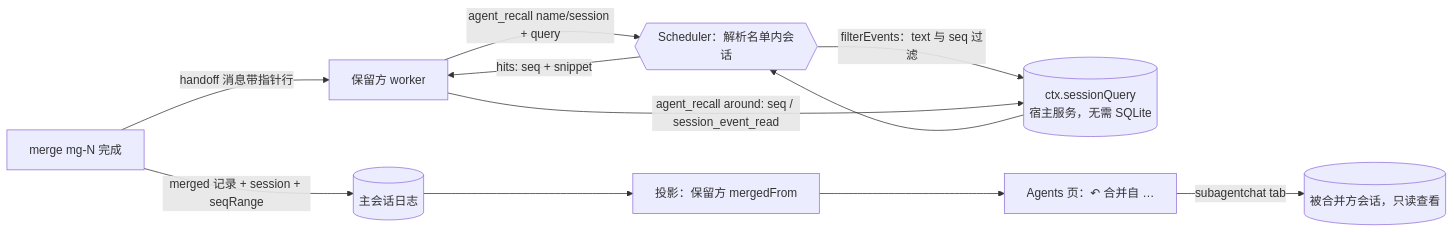
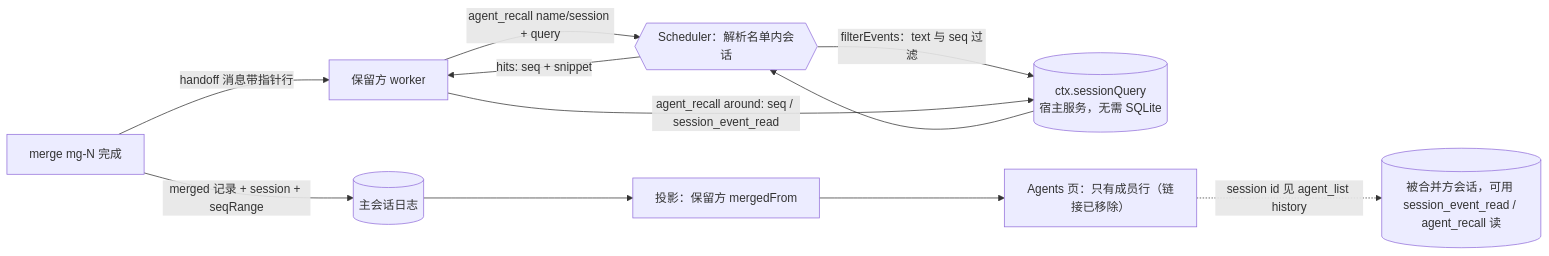
One commit to Rinai-R/dsh-agent-scheduler changed the diagram in docs/merge-recall.md. Above: the diagram before and after it, drawn with Mermaid. The commit also changed other lines of this file and 11 other files, not shown here.

````diff
--- a/docs/merge-recall.md
+++ b/docs/merge-recall.md
@@ -119,11 +117,12 @@
 ```mermaid
 flowchart LR
   M[merge mg-N 完成] -->|merged 记录 + session + seqRange| L[(主会话日志)]
   L --> P[投影：保留方 mergedFrom]
   M -->|handoff 消息带指针行| S[保留方 worker]
   S -->|agent_recall name/session + query| R{{Scheduler：解析名单内会话}}
   R -->|filterEvents：text 与 seq 过滤| Q[(ctx.sessionQuery<br/>宿主服务，无需 SQLite)]
   Q --> R -->|hits: seq + snippet| S
   S -->|agent_recall around: seq / session_event_read| Q
-  P --> UI[Agents 页：↶ 合并自 …] -->|subagentchat tab| A[(被合并方会话，只读查看)]
+  P --> UI[Agents 页：只有成员行（链接已移除）]
+  UI -.->|session id 见 agent_list history| A[(被合并方会话，可用 session_event_read / agent_recall 读)]
 ```
````
